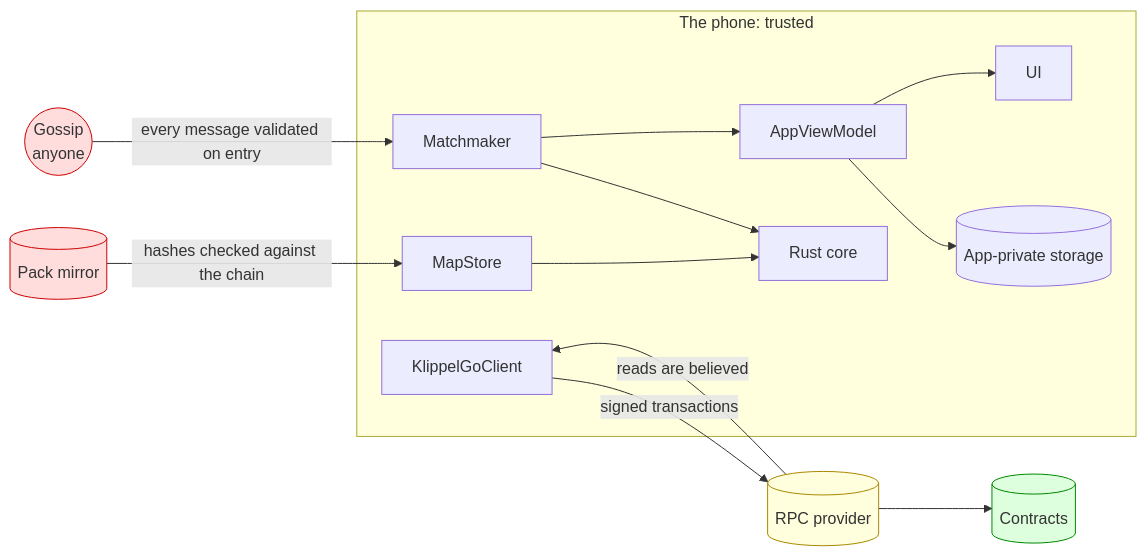
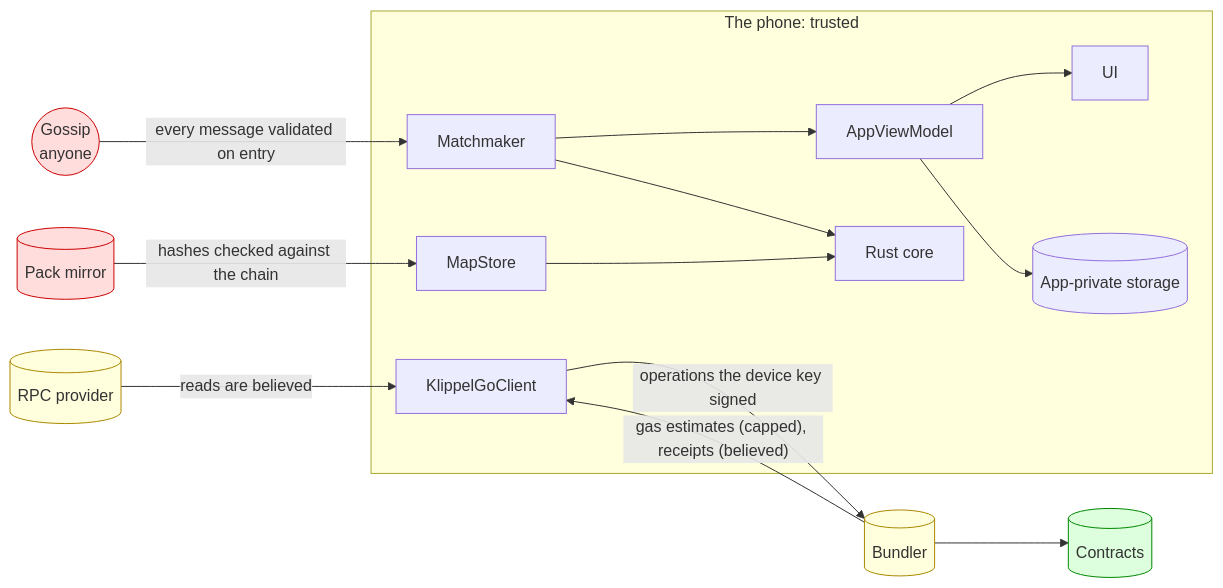
One commit to MuriloSchaefer/klippelgo changed the first of 3 diagrams in apps/docs/security.md. Above: the diagram before and after it, drawn with Mermaid. The commit also changed other lines of this file and 83 other files, not shown here.

````diff
--- a/apps/docs/security.md
+++ b/apps/docs/security.md
@@ -21,29 +22,31 @@
 ```mermaid
 flowchart LR
     subgraph phone [The phone: trusted]
         ui[UI]
         vm[AppViewModel]
         mm[Matchmaker]
         cl[KlippelGoClient]
         ms[MapStore]
         core[Rust core]
         store[(App-private storage)]
     end
     gossip((Gossip<br/>anyone)):::untrusted
     mirror[(Pack mirror)]:::untrusted
     rpc[(RPC provider)]:::semi
+    bundler[(Bundler)]:::semi
     chain[(Contracts)]:::trusted
 
     gossip -- "every message validated on entry" --> mm
     mirror -- "hashes checked against the chain" --> ms
     rpc -- "reads are believed" --> cl
-    cl -- "signed transactions" --> rpc --> chain
+    cl -- "operations the device key signed" --> bundler --> chain
+    bundler -- "gas estimates (capped), receipts (believed)" --> cl
     mm --> vm --> ui
     ms --> core
     mm --> core
     vm --> store
 
     classDef untrusted fill:#fdd,stroke:#c00
     classDef semi fill:#ffd,stroke:#a80
     classDef trusted fill:#dfd,stroke:#080
 ```
````
